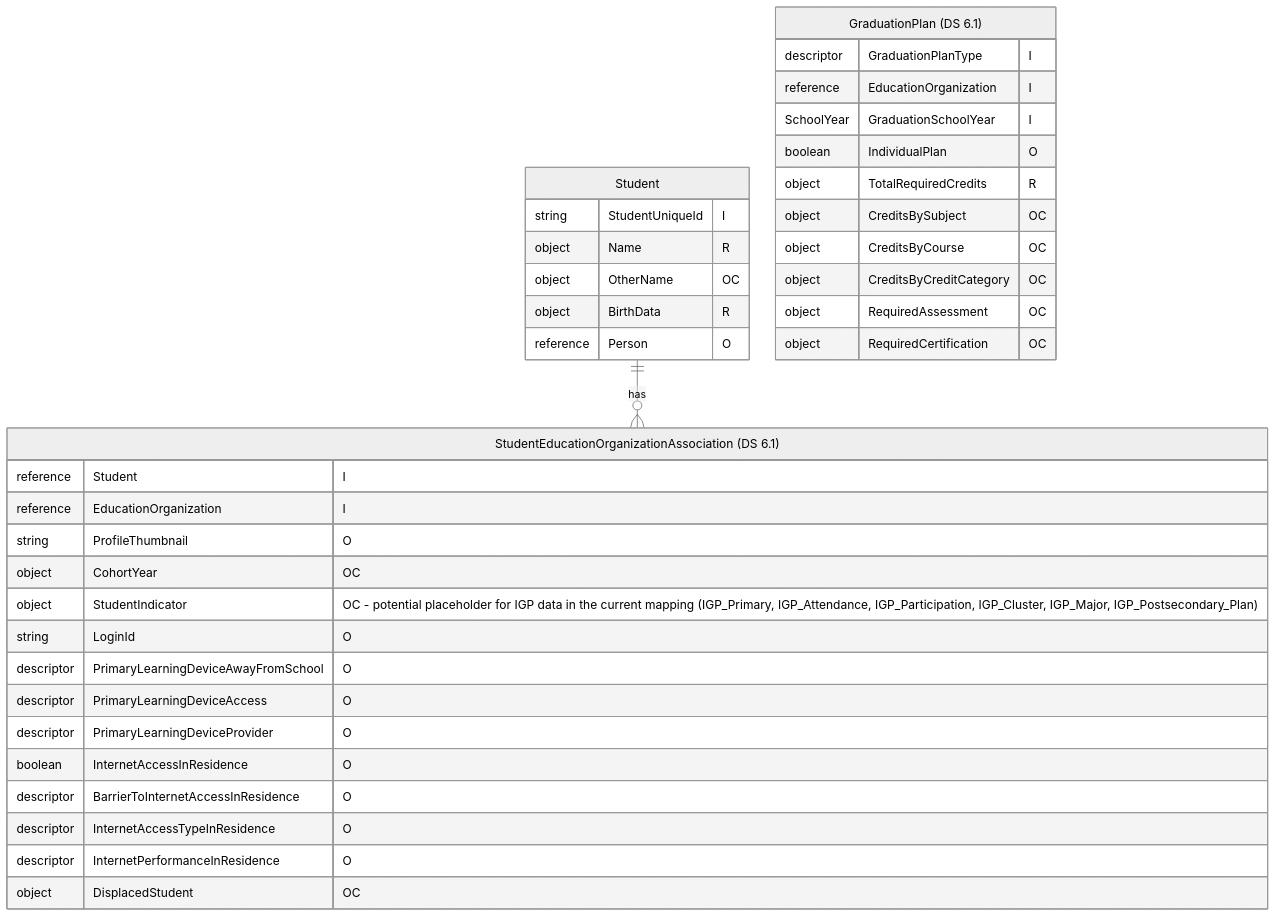
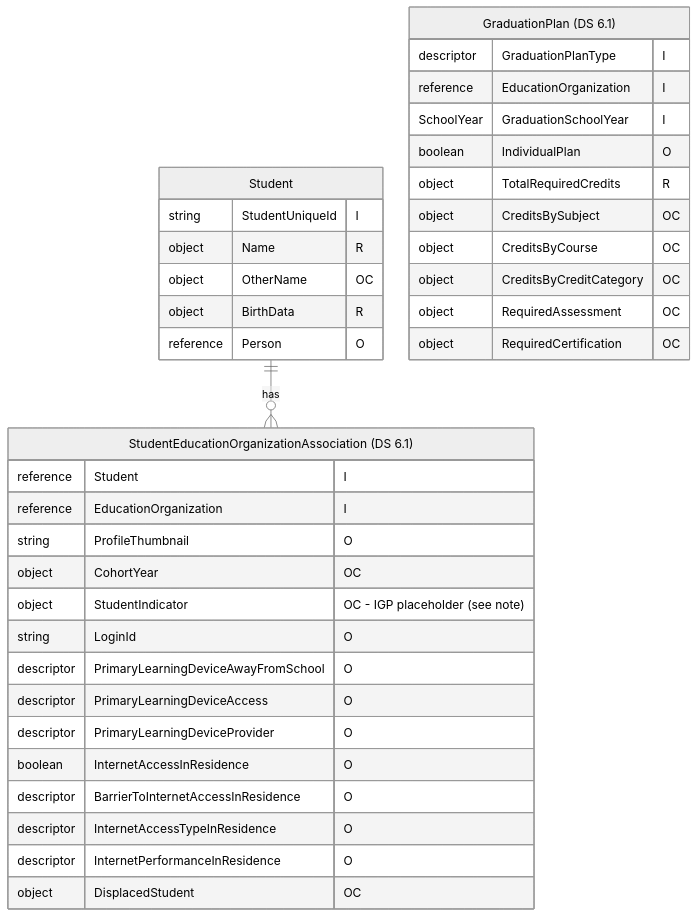
Before and after one commit to Ed-Fi-Alliance-OSS/Ed-Fi-API-Specifications: the first of 2 diagrams in RFC/RFC-30c_Individual-Graduation-Plan.md, drawn with Mermaid (neutral theme). The commit also changed other lines of this file, not shown here.

Commit message:
spec: Move IGP indicator list out of RFC-30c diagram

````diff
--- a/RFC/RFC-30c_Individual-Graduation-Plan.md
+++ b/RFC/RFC-30c_Individual-Graduation-Plan.md
@@ -109,47 +109,47 @@
 ```mermaid
 ---
 config:
   layout: elk
 ---
 erDiagram
     Student ||--o{ StudentEducationOrganizationAssociation : "has"
     GraduationPlan
 
     Student {
         string StudentUniqueId "I"
         object Name "R"
         object OtherName "OC"
         object BirthData "R"
         reference Person "O"
     }
 
     StudentEducationOrganizationAssociation["StudentEducationOrganizationAssociation (DS 6.1)"] {
         reference Student "I"
         reference EducationOrganization "I"
         string ProfileThumbnail "O"
         object CohortYear "OC"
-        object StudentIndicator "OC - potential placeholder for IGP data in the current mapping (IGP_Primary, IGP_Attendance, IGP_Participation, IGP_Cluster, IGP_Major, IGP_Postsecondary_Plan)"
+        object StudentIndicator "OC - IGP placeholder (see note)"
         string LoginId "O"
         descriptor PrimaryLearningDeviceAwayFromSchool "O"
         descriptor PrimaryLearningDeviceAccess "O"
         descriptor PrimaryLearningDeviceProvider "O"
         boolean InternetAccessInResidence "O"
         descriptor BarrierToInternetAccessInResidence "O"
         descriptor InternetAccessTypeInResidence "O"
         descriptor InternetPerformanceInResidence "O"
         object DisplacedStudent "OC"
     }
 
     GraduationPlan["GraduationPlan (DS 6.1)"] {
         descriptor GraduationPlanType "I"
         reference EducationOrganization "I"
         SchoolYear GraduationSchoolYear "I"
         boolean IndividualPlan "O"
         object TotalRequiredCredits "R"
         object CreditsBySubject "OC"
         object CreditsByCourse "OC"
         object CreditsByCreditCategory "OC"
         object RequiredAssessment "OC"
         object RequiredCertification "OC"
     }
 ```
````
